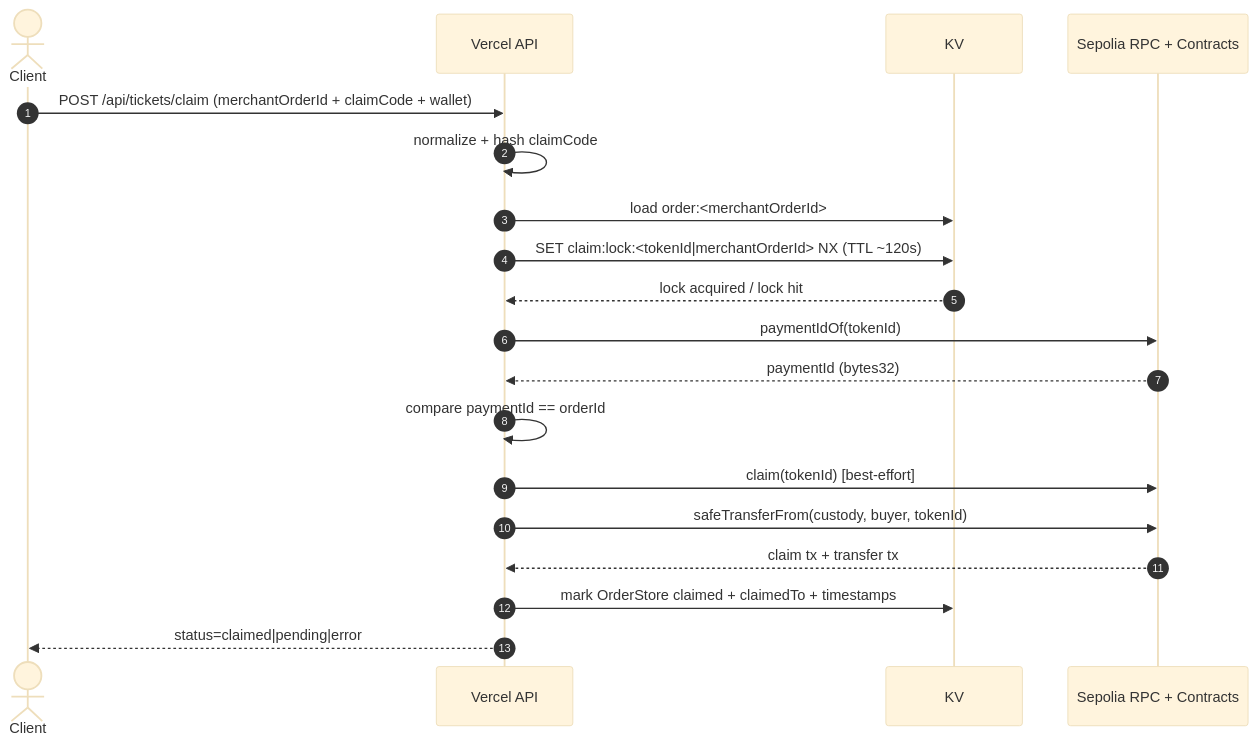
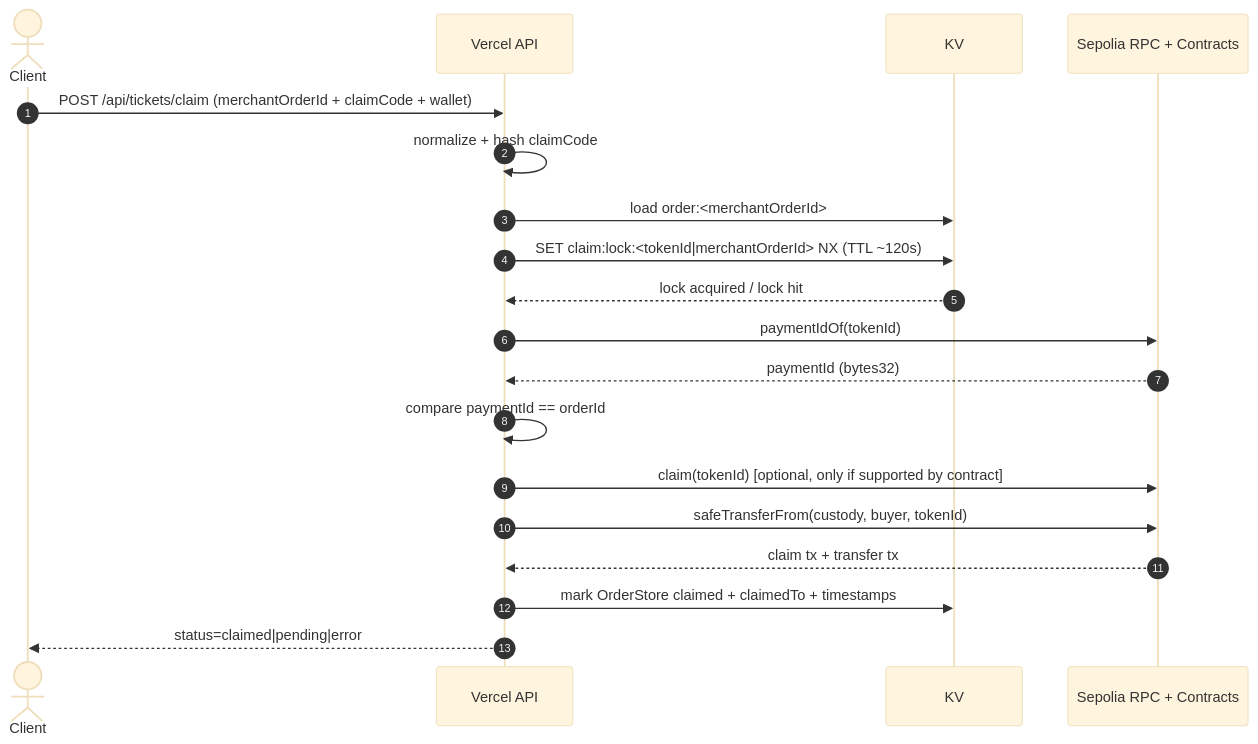
One commit to LucidDreamTR/etkinlik-konser changed the second of 4 diagrams in docs/architecture.md. Above: the diagram before and after it, drawn with Mermaid (base theme). The commit also changed other lines of this file, not shown here.

Commit message:
docs: clarify optional gate replay guard, claim semantics, and verify reasons

````diff
--- a/docs/architecture.md
+++ b/docs/architecture.md
@@ -28,22 +28,22 @@
 ```mermaid
 sequenceDiagram
   autonumber
   actor Client
   participant API as Vercel API
   participant KV
   participant Sepolia as Sepolia RPC + Contracts
 
   Client->>API: POST /api/tickets/claim (merchantOrderId + claimCode + wallet)
   API->>API: normalize + hash claimCode
   API->>KV: load order:<merchantOrderId>
   API->>KV: SET claim:lock:<tokenId|merchantOrderId> NX (TTL ~120s)
   KV-->>API: lock acquired / lock hit
   API->>Sepolia: paymentIdOf(tokenId)
   Sepolia-->>API: paymentId (bytes32)
   API->>API: compare paymentId == orderId
-  API->>Sepolia: claim(tokenId) [best-effort]
+  API->>Sepolia: claim(tokenId) [optional, only if supported by contract]
   API->>Sepolia: safeTransferFrom(custody, buyer, tokenId)
   Sepolia-->>API: claim tx + transfer tx
   API->>KV: mark OrderStore claimed + claimedTo + timestamps
   API-->>Client: status=claimed|pending|error
 ```
````
